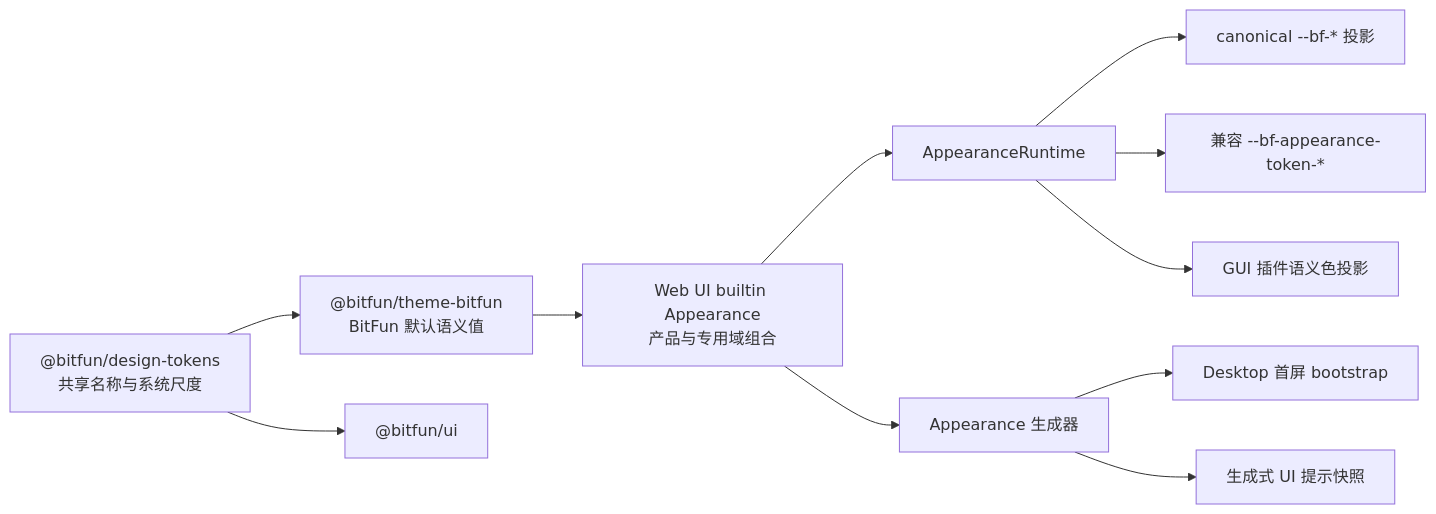
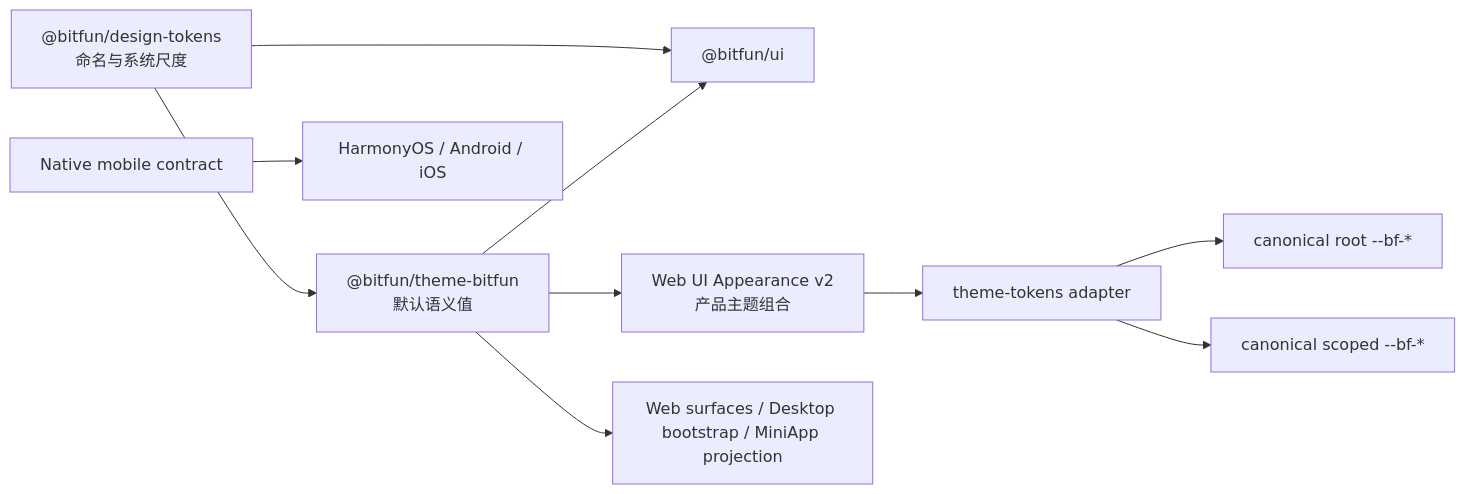
The diagram in docs/architecture/theme-token-optimization.md (1688mengdie/BitFun), drawn with Mermaid before and after one commit. The commit also changed other lines of this file and 669 other files, not shown here.

Commit message:
refactor(theme): unify frontend color token governance

````diff
--- a/docs/architecture/theme-token-optimization.md
+++ b/docs/architecture/theme-token-optimization.md
@@ -46,13 +35,12 @@
 ```mermaid
 flowchart LR
-  System["@bitfun/design-tokens<br/>共享名称与系统尺度"] --> Theme["@bitfun/theme-bitfun<br/>BitFun 默认语义值"]
-  System --> Components["@bitfun/ui"]
-  Theme --> Source["Web UI builtin Appearance<br/>产品与专用域组合"]
-  Source --> Runtime["AppearanceRuntime"]
-  Source --> Generator["Appearance 生成器"]
-  Generator --> Bootstrap["Desktop 首屏 bootstrap"]
-  Generator --> Prompt["生成式 UI 提示快照"]
-  Runtime --> Canonical["canonical --bf-* 投影"]
-  Runtime --> Compatibility["兼容 --bf-appearance-token-*"]
-  Runtime --> Projection["GUI 插件语义色投影"]
+  System["@bitfun/design-tokens<br/>命名与系统尺度"] --> Theme["@bitfun/theme-bitfun<br/>默认语义值"]
+  System --> UI["@bitfun/ui"]
+  Theme --> UI
+  Theme --> Appearance["Web UI Appearance v2<br/>产品主题组合"]
+  Appearance --> Runtime["theme-tokens adapter"]
+  Runtime --> Root["canonical root --bf-*"]
+  Runtime --> Scope["canonical scoped --bf-*"]
+  Theme --> Surfaces["Web surfaces / Desktop bootstrap / MiniApp projection"]
+  Mobile["Native mobile contract"] --> Native["HarmonyOS / Android / iOS"]
 ```
````
